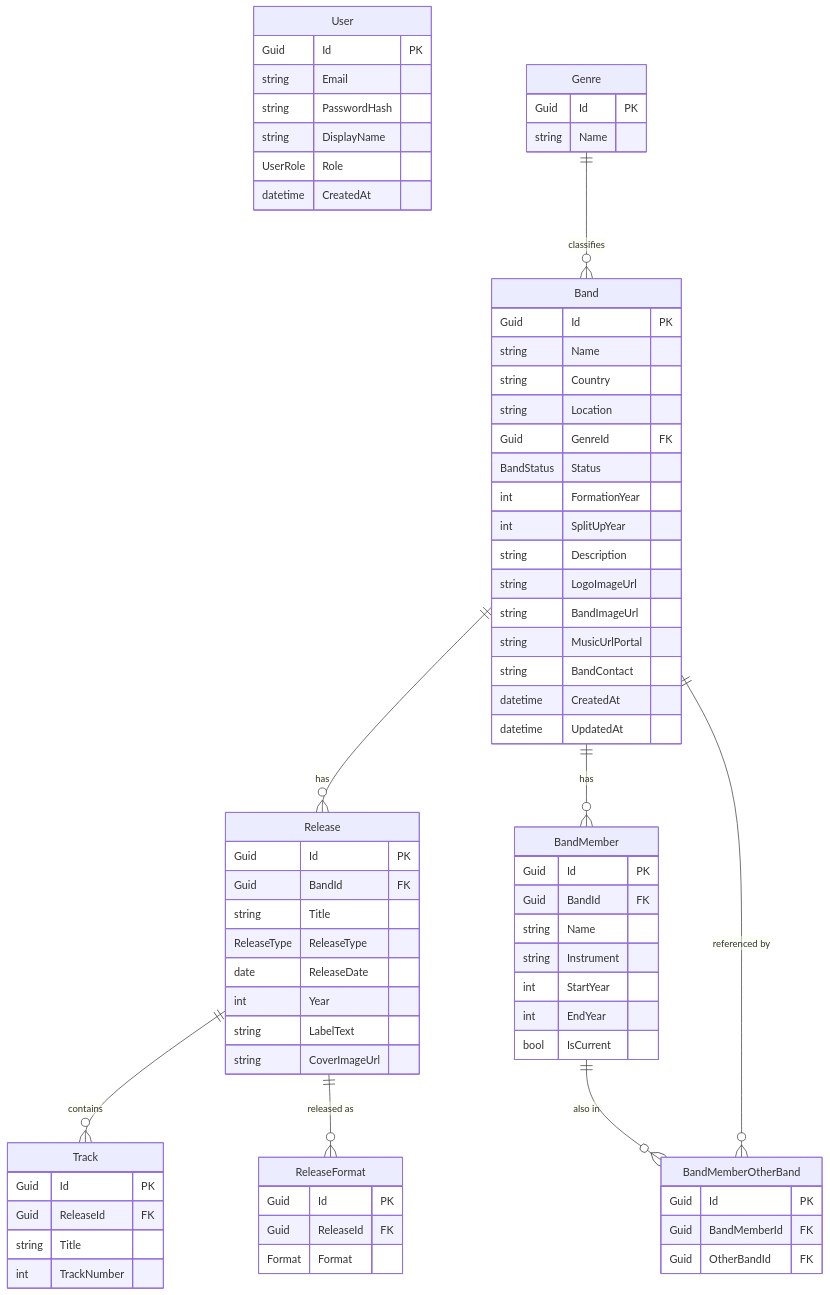
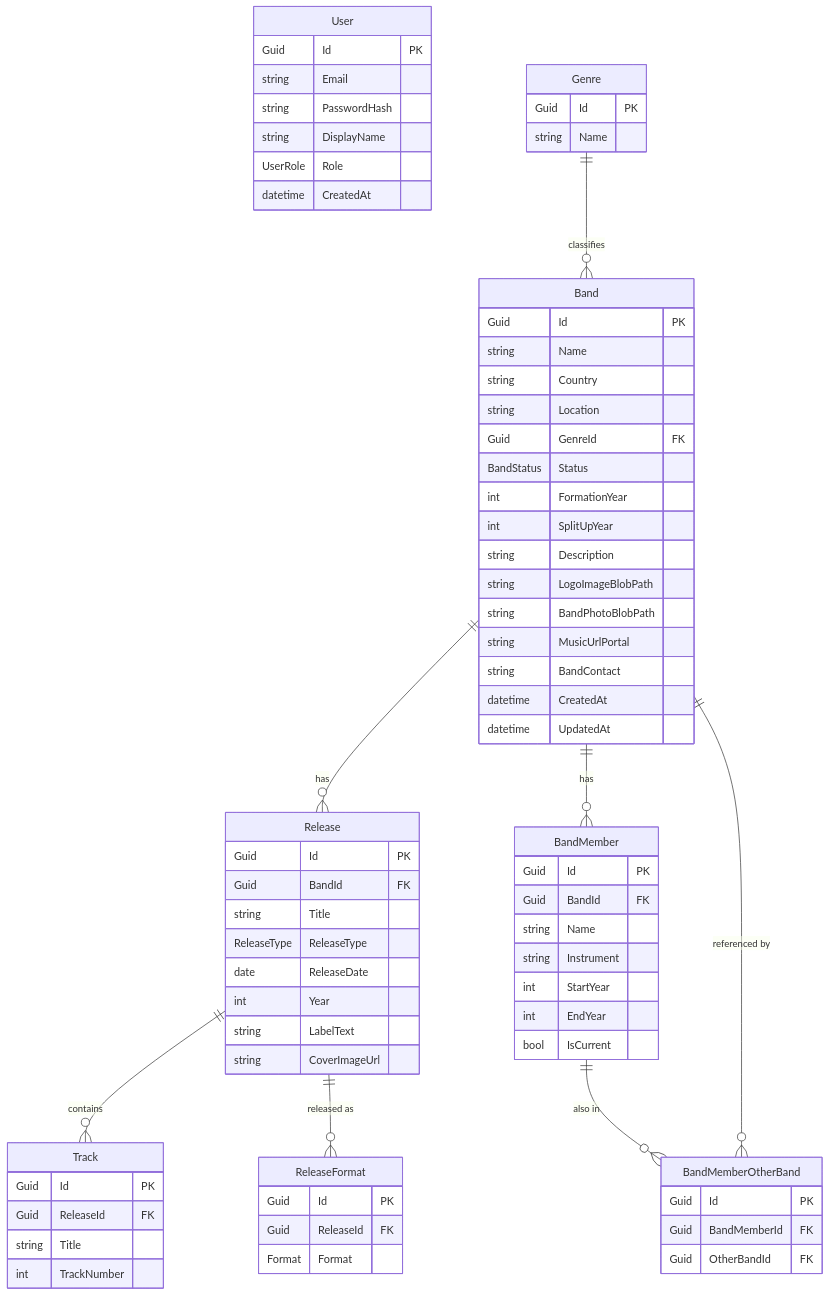
Before and after one commit to Camposgrind/diy-music-community: the diagram in docs/technical/erd.md, drawn with Mermaid. The commit also changed 36 other files, not shown here.

```diff
--- a/docs/technical/erd.md
+++ b/docs/technical/erd.md
@@ -26,8 +26,8 @@
 		int FormationYear
 		int SplitUpYear
 		string Description
-		string LogoImageUrl
-		string BandImageUrl
+		string LogoImageBlobPath
+		string BandPhotoBlobPath
 		string MusicUrlPortal
 		string BandContact
 		datetime CreatedAt
```
